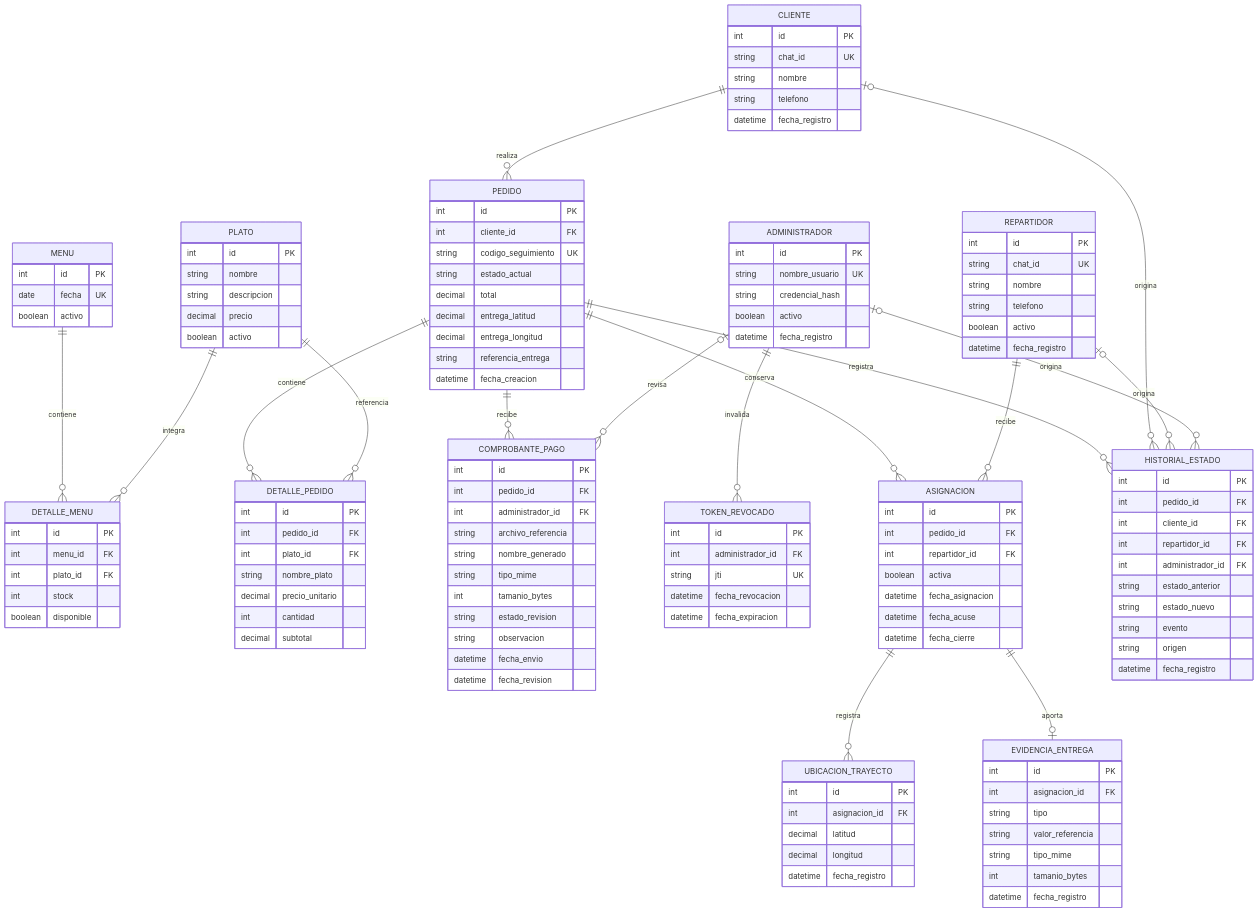
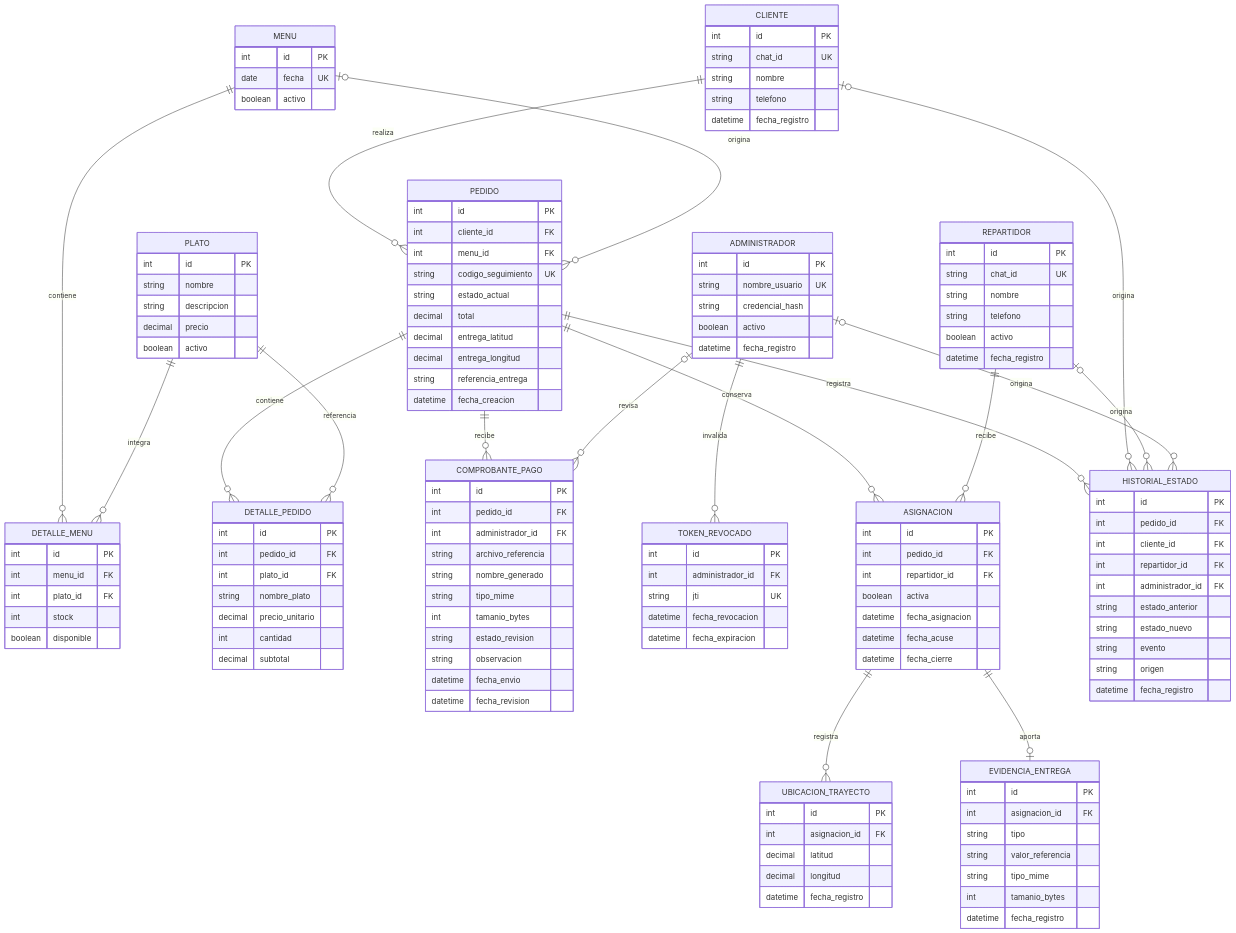
Before and after one commit to ninoskacotah/restaurante-oruro-mvp: the third of 3 diagrams in docs/diseno.md, drawn with Mermaid. The commit also changed other lines of this file and 11 other files, not shown here.

```diff
--- a/docs/diseno.md
+++ b/docs/diseno.md
@@ -549,6 +549,7 @@
 erDiagram
     CLIENTE ||--o{ PEDIDO : realiza
     MENU ||--o{ DETALLE_MENU : contiene
+    MENU o|--o{ PEDIDO : origina
     PLATO ||--o{ DETALLE_MENU : integra
     PEDIDO ||--o{ DETALLE_PEDIDO : contiene
     PLATO ||--o{ DETALLE_PEDIDO : referencia
@@ -622,6 +623,7 @@
     PEDIDO {
         int id PK
         int cliente_id FK
+        int menu_id FK
         string codigo_seguimiento UK
         string estado_actual
         decimal total
```
